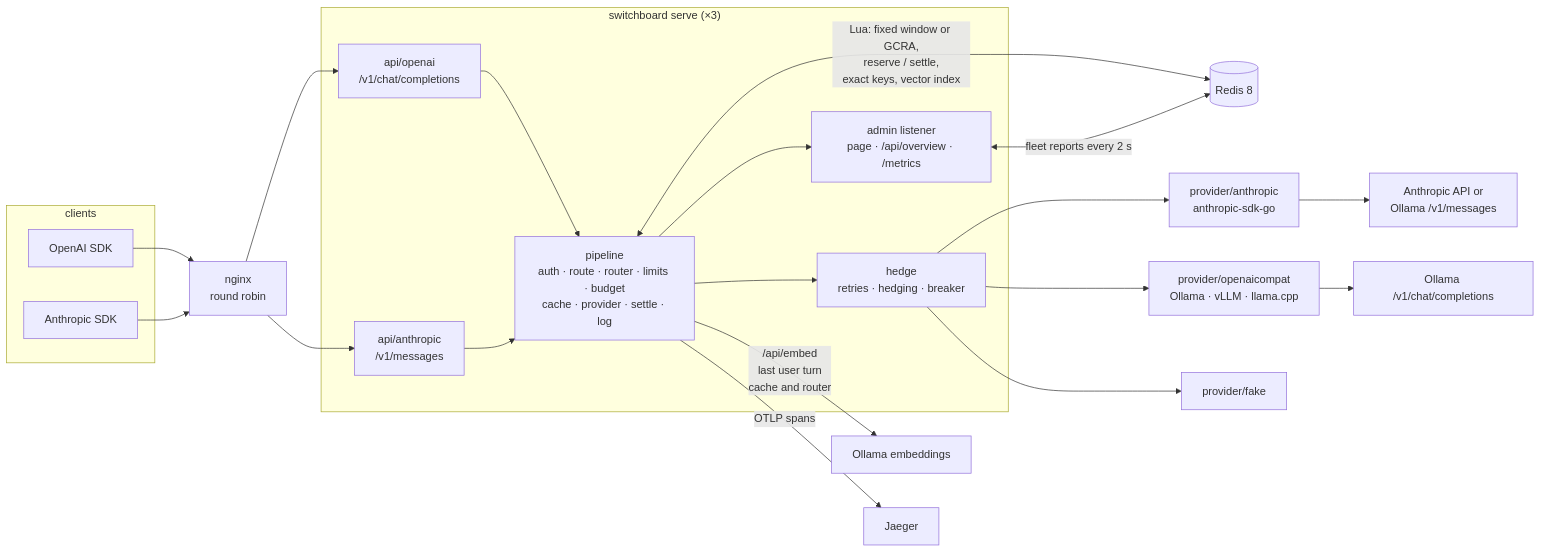
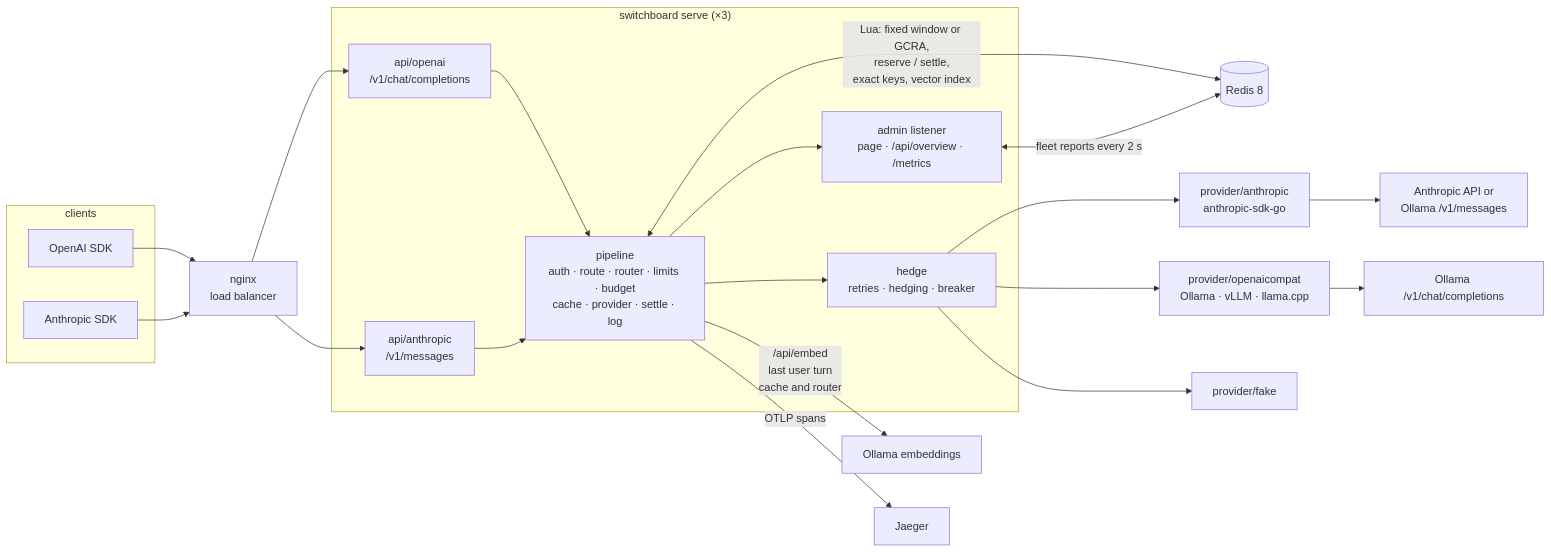
One commit to TheAsianFish/switchboard changed the diagram in README.md. Above: the diagram before and after it, drawn with Mermaid. The commit also changed other lines of this file, not shown here.

````diff
--- a/README.md
+++ b/README.md
@@ -155,32 +237,32 @@
 ```mermaid
 flowchart LR
   subgraph clients
     O[OpenAI SDK]
     A[Anthropic SDK]
   end
-  LB[nginx<br/>round robin]
+  LB[nginx<br/>load balancer]
   subgraph gw["switchboard serve (×3)"]
     FO[api/openai<br/>/v1/chat/completions]
     FA[api/anthropic<br/>/v1/messages]
     P[pipeline<br/>auth · route · router · limits · budget<br/>cache · provider · settle · log]
     H[hedge<br/>retries · hedging · breaker]
     M[admin listener<br/>page · /api/overview · /metrics]
     FO --> P
     FA --> P
     P --> M
   end
   O --> LB
   A --> LB
   LB --> FO
   LB --> FA
   P <-->|Lua: fixed window or GCRA,<br/>reserve / settle,<br/>exact keys, vector index| R[(Redis 8)]
   M <-->|fleet reports every 2 s| R
   P -->|/api/embed<br/>last user turn<br/>cache and router| E[Ollama embeddings]
   P -->|OTLP spans| J[Jaeger]
   P --> H
   H --> PA[provider/anthropic<br/>anthropic-sdk-go]
   H --> PO[provider/openaicompat<br/>Ollama · vLLM · llama.cpp]
   H --> PF[provider/fake]
   PA --> ANT[Anthropic API or<br/>Ollama /v1/messages]
   PO --> OL[Ollama /v1/chat/completions]
 ```
````
